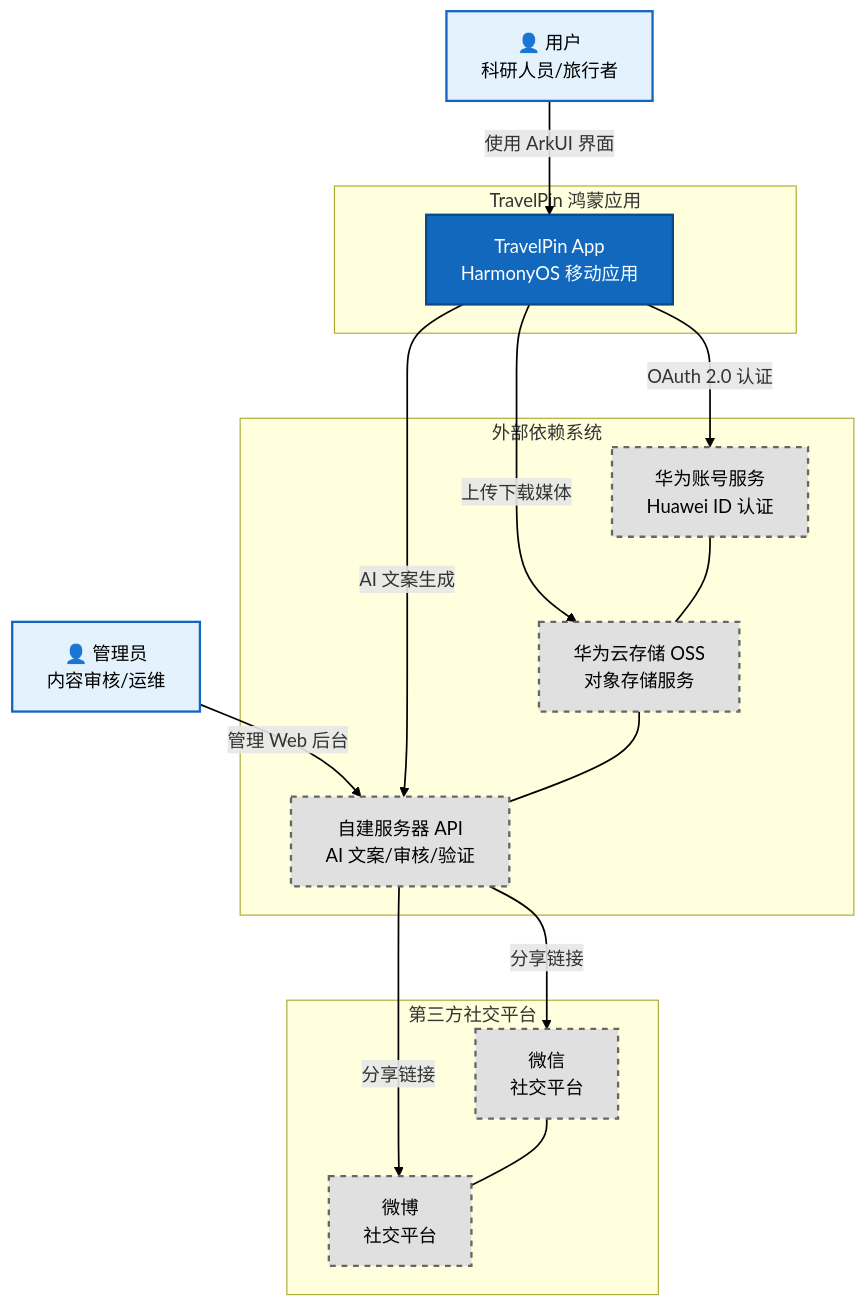
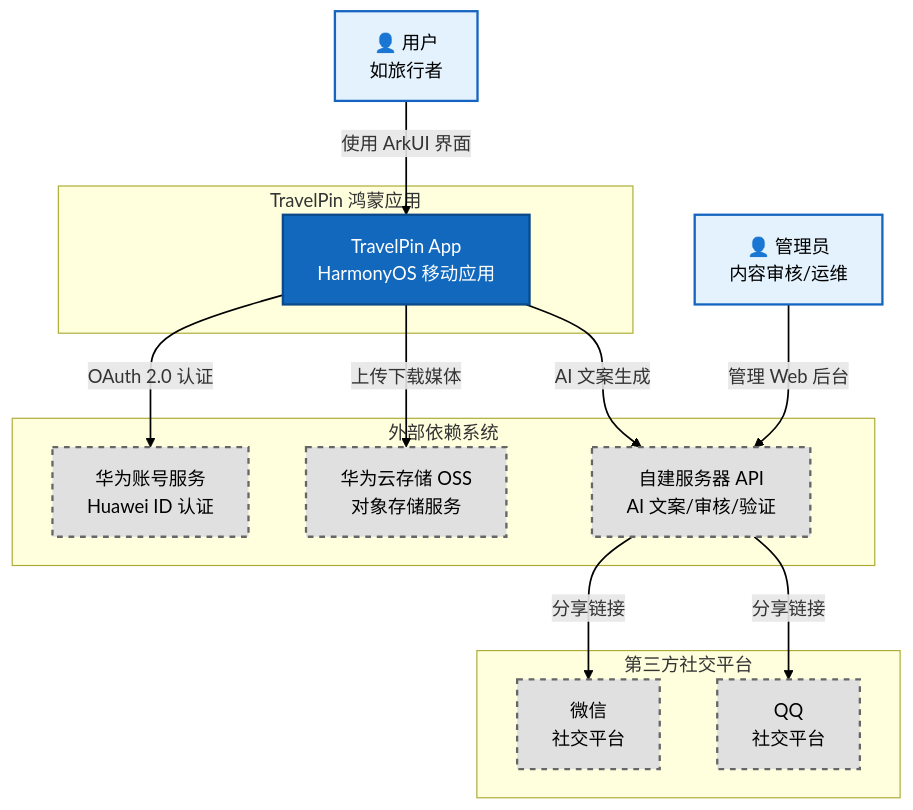
Before and after one commit to sustech-cs304/team-project-26spring-26s-7: the diagram in references/diagrams/C4_Level1_SystemContext.md, drawn with Mermaid. The commit also changed other lines of this file and 16 other files, not shown here.

Commit message:
refactor: 整理文件，删除冗余文件和照片，添加架构图源码文件

````diff
--- a/references/diagrams/C4_Level1_SystemContext.md
+++ b/references/diagrams/C4_Level1_SystemContext.md
@@ -10,47 +10,44 @@
 ```mermaid
 flowchart TB
   %% 样式定义
   classDef user fill:#e3f2fd,stroke:#1565c0,stroke-width:2px,color:#000
   classDef app fill:#1168bd,stroke:#0b4a8a,stroke-width:2px,color:#fff
   classDef ext fill:#e0e0e0,stroke:#666666,stroke-width:2px,color:#000,stroke-dasharray:5 5
 
   %% 用户角色
-  user["👤 用户<br/>科研人员/旅行者"]:::user
+  user["👤 用户<br/>如旅行者"]:::user
   admin["👤 管理员<br/>内容审核/运维"]:::user
 
   %% 本系统
   subgraph AppBoundary["TravelPin 鸿蒙应用"]
     travelpin_app["TravelPin App<br/>HarmonyOS 移动应用"]:::app
   end
 
   %% 外部系统 - 上排
   subgraph External1["外部依赖系统"]
     huawei_account["华为账号服务<br/>Huawei ID 认证"]:::ext
     huawei_cloud["华为云存储 OSS<br/>对象存储服务"]:::ext
     self_hosted_api["自建服务器 API<br/>AI 文案/审核/验证"]:::ext
   end
 
   %% 外部系统 - 下排
   subgraph External2["第三方社交平台"]
     wechat["微信<br/>社交平台"]:::ext
-    weibo["微博<br/>社交平台"]:::ext
+    weibo["QQ<br/>社交平台"]:::ext
   end
 
   %% 用户关系
   user -->|使用 ArkUI 界面| travelpin_app
   admin -->|管理 Web 后台| self_hosted_api
 
   %% 系统关系 - 清晰布局
   travelpin_app -->|OAuth 2.0 认证 | huawei_account
   travelpin_app -->|上传下载媒体| huawei_cloud
   travelpin_app -->|AI 文案生成| self_hosted_api
   
   self_hosted_api -->|分享链接 | wechat
   self_hosted_api -->|分享链接 | weibo
 
-  %% 布局优化 - 使用隐形连接引导布局
-  huawei_account ~~~ huawei_cloud ~~~ self_hosted_api
-  wechat ~~~ weibo
-
+  %% 布局优化
   linkStyle default stroke:#000000,stroke-width:1.5px,fill:none
 ```
````
